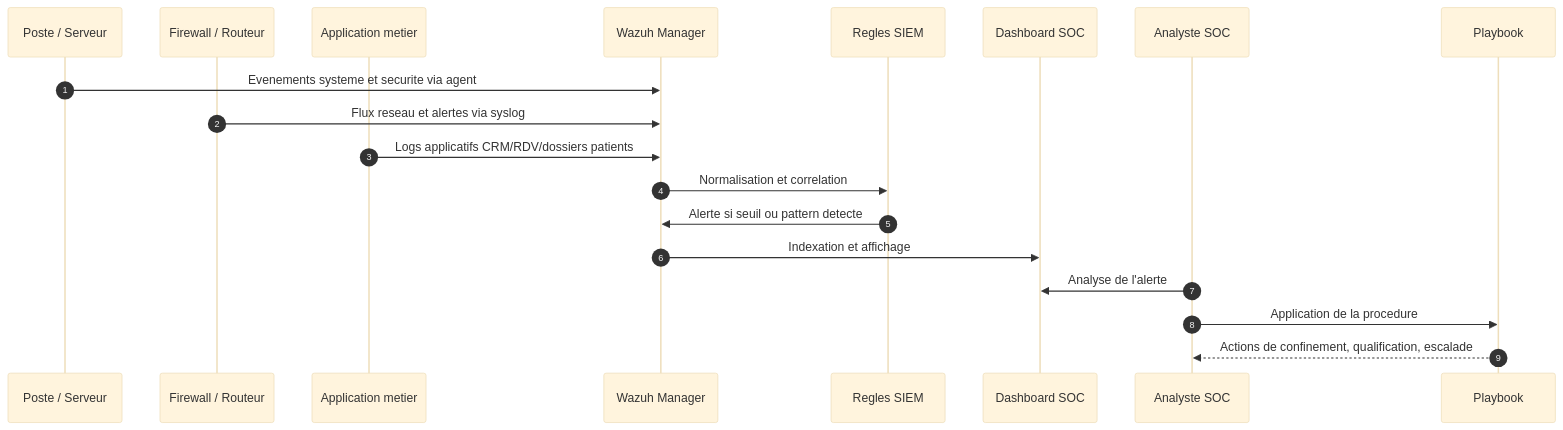
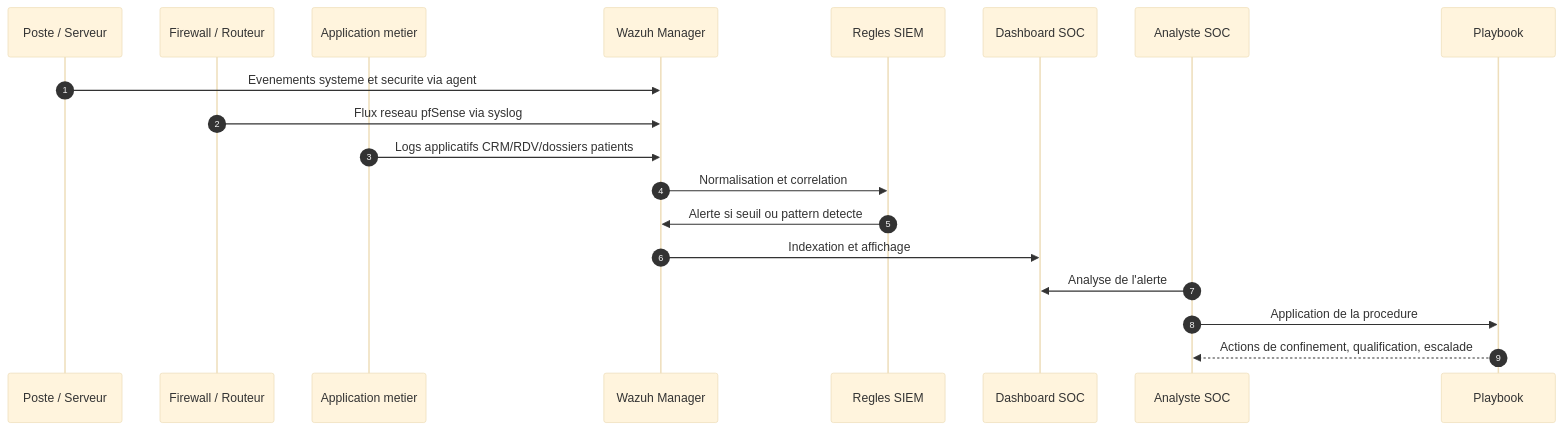
The diagram in étape 1/diagrams/flux_collecte_logs.mmd (ivanfocsa/projet_cs_m2_livrables), drawn with Mermaid (base theme) before and after one commit. The commit also changed other lines of this file and 46 other files, not shown here.

```diff
--- a/étape 1/diagrams/flux_collecte_logs.mmd
+++ b/étape 1/diagrams/flux_collecte_logs.mmd
@@ -1,20 +1,20 @@
 sequenceDiagram
     autonumber
     participant Endpoint as Poste / Serveur
     participant Firewall as Firewall / Routeur
     participant App as Application metier
     participant Wazuh as Wazuh Manager
     participant Rules as Regles SIEM
     participant Dash as Dashboard SOC
     participant Analyst as Analyste SOC
     participant Playbook as Playbook
 
     Endpoint->>Wazuh: Evenements systeme et securite via agent
-    Firewall->>Wazuh: Flux reseau et alertes via syslog
+    Firewall->>Wazuh: Flux reseau pfSense via syslog
     App->>Wazuh: Logs applicatifs CRM/RDV/dossiers patients
     Wazuh->>Rules: Normalisation et correlation
     Rules->>Wazuh: Alerte si seuil ou pattern detecte
     Wazuh->>Dash: Indexation et affichage
     Analyst->>Dash: Analyse de l'alerte
     Analyst->>Playbook: Application de la procedure
     Playbook-->>Analyst: Actions de confinement, qualification, escalade
```
